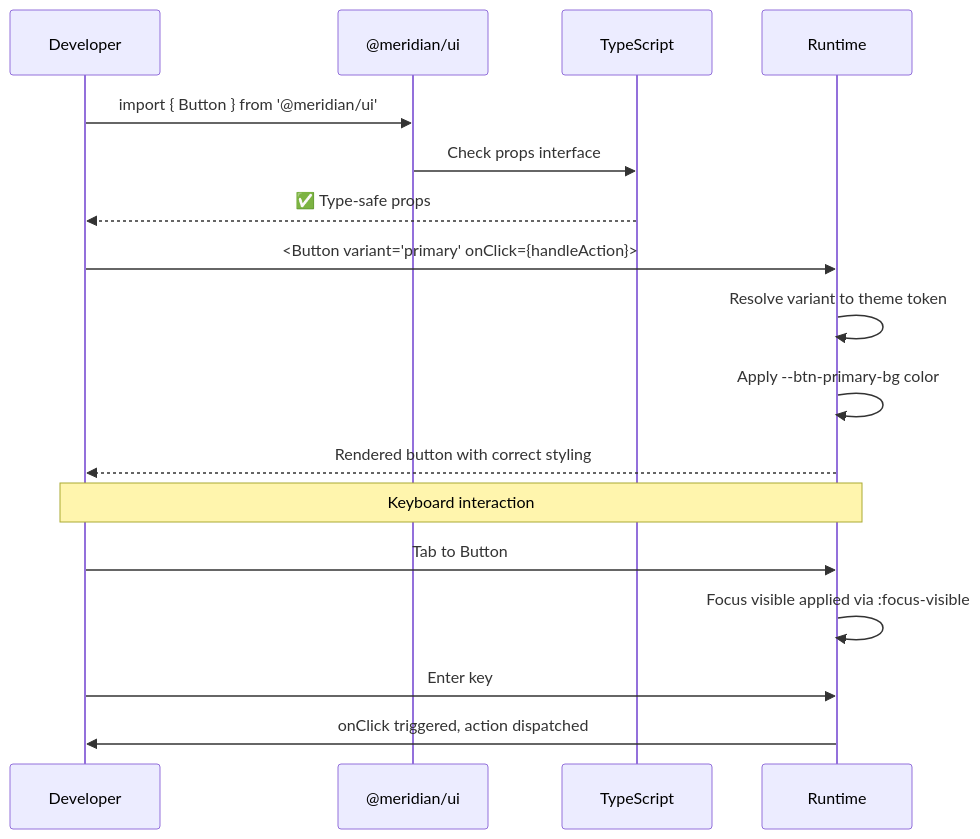
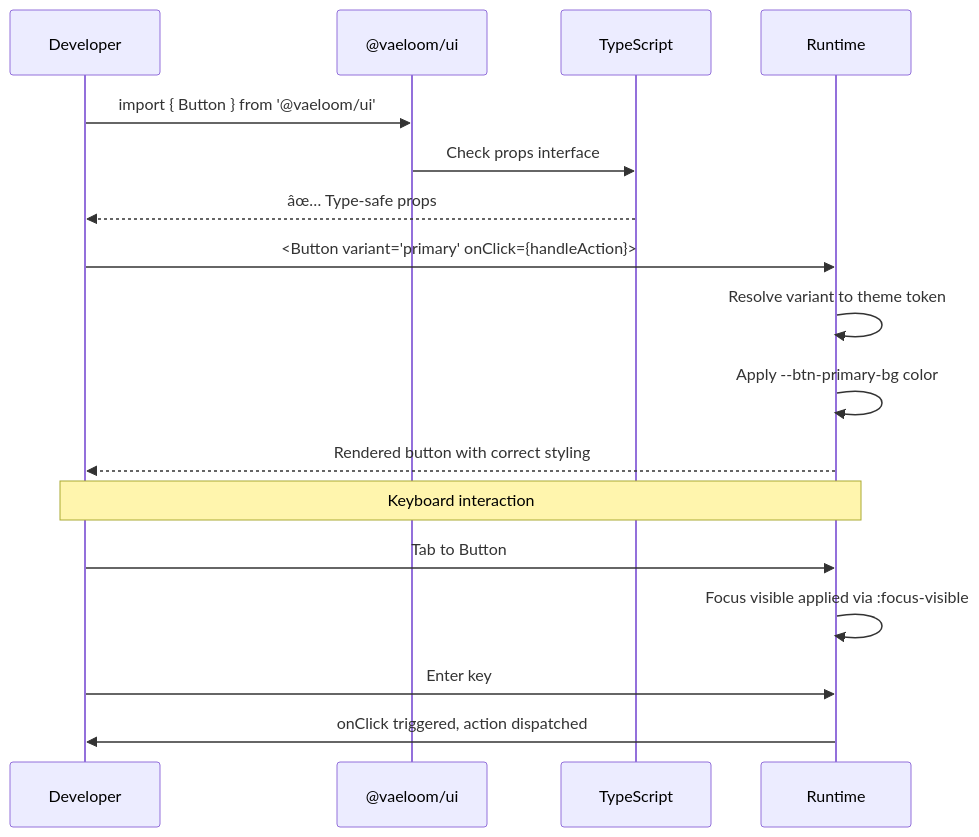
Before and after one commit to Driftloom/Vaeloom: the second of 2 diagrams in Docs/Frontend/Component-Library.md, drawn with Mermaid. The commit also changed other lines of this file and 249 other files, not shown here.

Commit message:
Rename all references from Meridian to Vaeloom across docs, scripts, and config

````diff
--- a/Docs/Frontend/Component-Library.md
+++ b/Docs/Frontend/Component-Library.md
@@ -195,21 +195,21 @@
 ```mermaid
 sequenceDiagram
     participant DEV as Developer
-    participant LIB as @meridian/ui
+    participant LIB as @vaeloom/ui
     participant T as TypeScript
     participant R as Runtime
 
-    DEV->>LIB: import { Button } from '@meridian/ui'
+    DEV->>LIB: import { Button } from '@vaeloom/ui'
     LIB->>T: Check props interface
-    T-->>DEV: ✅ Type-safe props
+    T-->>DEV: âœ… Type-safe props
     DEV->>R: <Button variant="primary" onClick={handleAction}>
     R->>R: Resolve variant to theme token
     R->>R: Apply --btn-primary-bg color
     R-->>DEV: Rendered button with correct styling
 
     Note over DEV,R: Keyboard interaction
     DEV->>R: Tab to Button
     R->>R: Focus visible applied via :focus-visible
     DEV->>R: Enter key
     R->>DEV: onClick triggered, action dispatched
 ```
````
